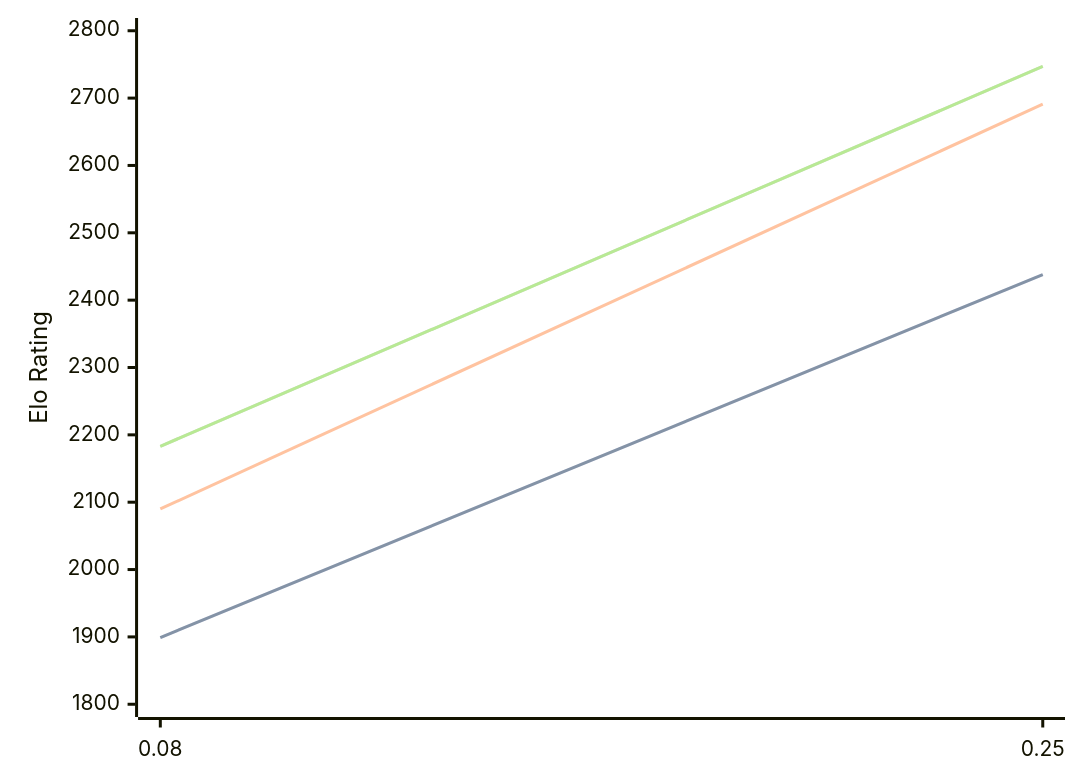
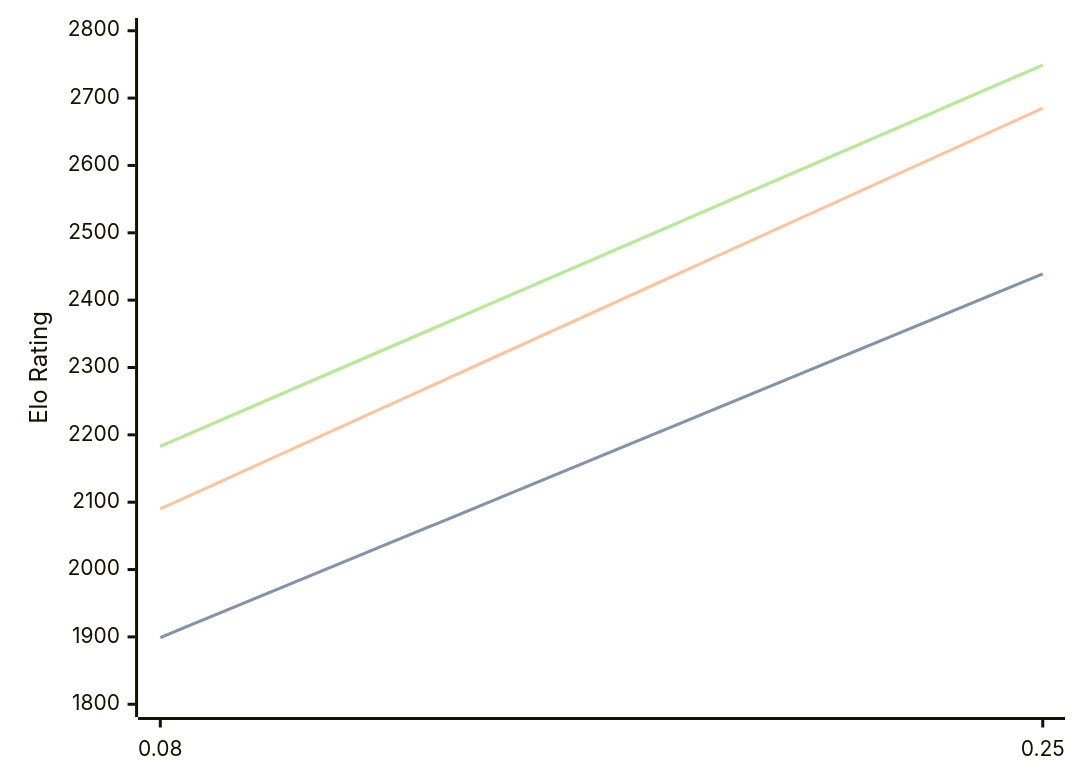
One commit to computer-chess-index/cci changed the diagram in engines/Gecko.md. Above: the diagram before and after it, drawn with Mermaid. The commit also changed other lines of this file, not shown here.

Commit message:
Update CCI Ratings (ELO VLTC) - 2026-04-10

````diff
--- a/engines/Gecko.md
+++ b/engines/Gecko.md
@@ -32,11 +32,11 @@
 ```mermaid
 %%{init: {"theme":"base","themeVariables":{"seriesColors:['#a3a3a3','#222221','#faa371']}}}%%
 xychart-beta
   x-axis ["0.08", "0.25"]
   y-axis "Elo Rating" 1800 --> 2800
-  line "STC (8.0+0.08s)" [1899, 2438]
-  line "STC (8.0+0.08s)" [1899, 2438]
-  line "LTC (60.0+0.60s)" [2090, 2691]
-  line "VLTC (2m24s+1.12s)" [2183, 2747]
-  line "VLTC (2m24s+1.12s)" [2183, 2747]
+  line "STC (8.0+0.08s)" [1899, 2439]
+  line "STC (8.0+0.08s)" [1899, 2439]
+  line "LTC (60.0+0.60s)" [2090, 2685]
+  line "VLTC (2m24s+1.12s)" [2183, 2749]
+  line "VLTC (2m24s+1.12s)" [2183, 2749]
 ```
````
